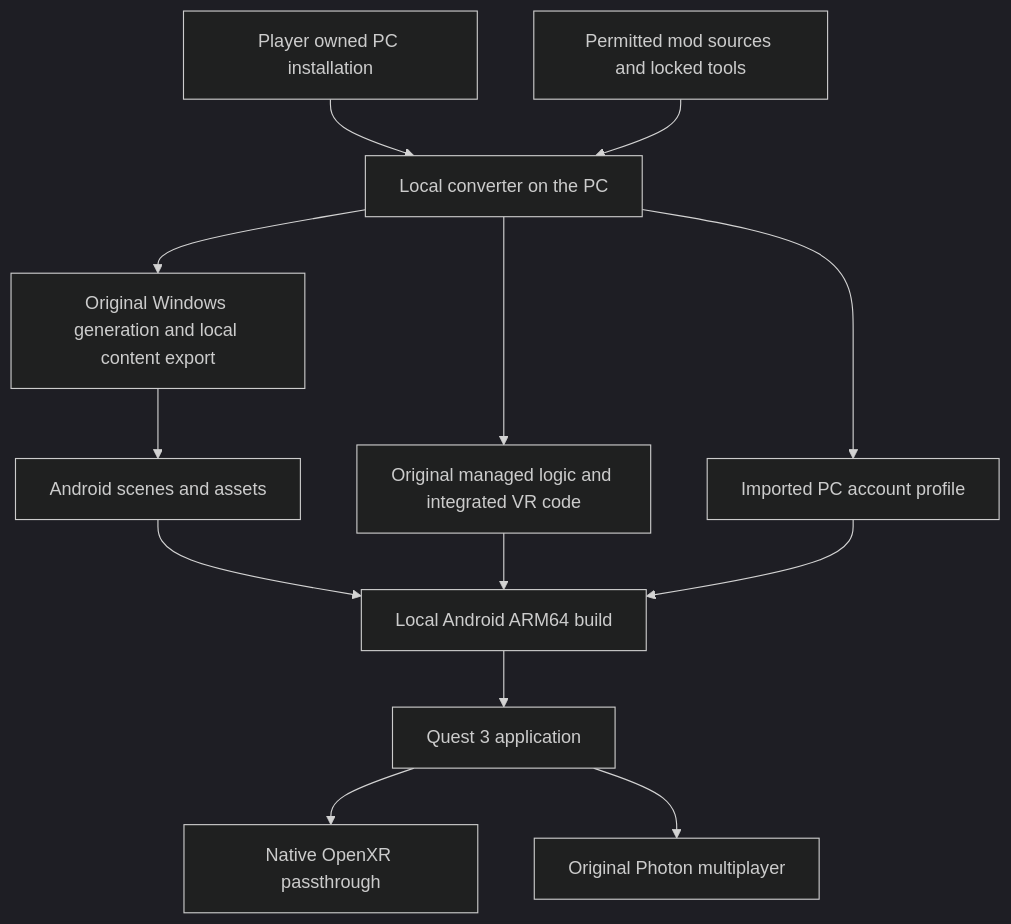
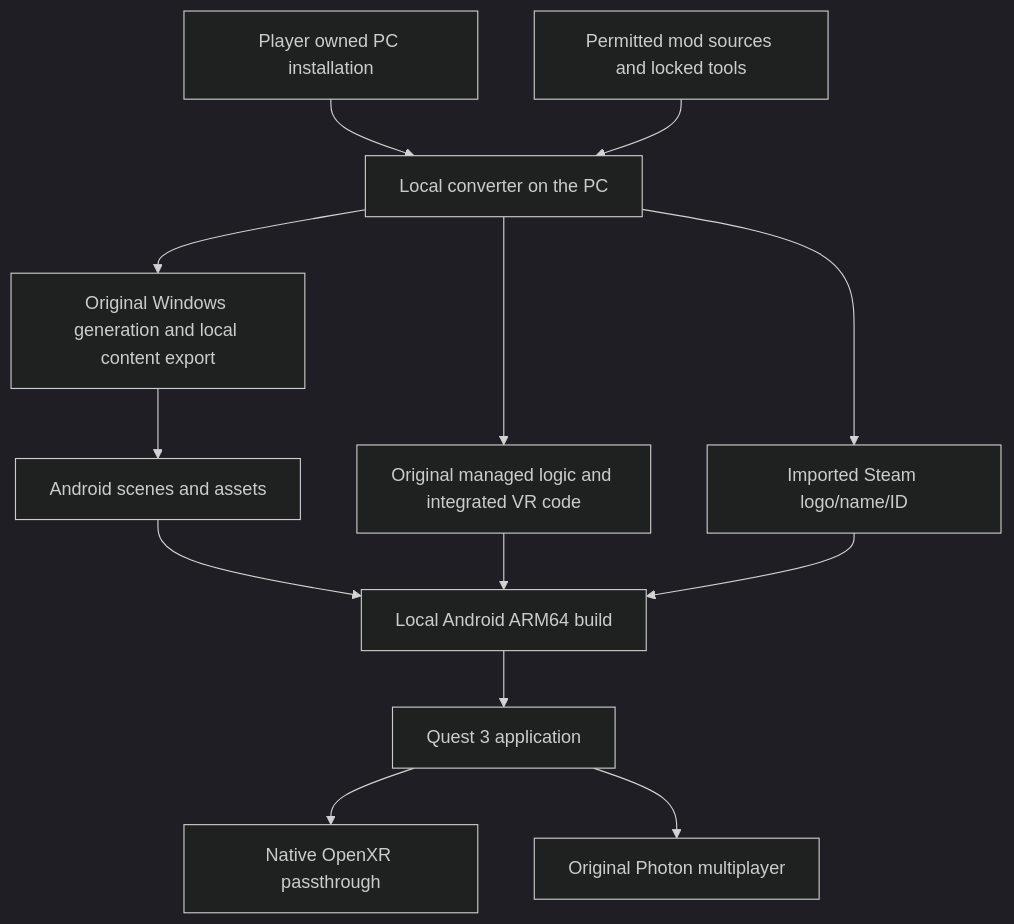
The diagram in .planning/QUEST3-PORT-PLAN.md (McFredward/GloomhavenVR), drawn with Mermaid (dark theme) before and after one commit. The commit also changed other lines of this file and 3 other files, not shown here.

````diff
--- a/.planning/QUEST3-PORT-PLAN.md
+++ b/.planning/QUEST3-PORT-PLAN.md
@@ -136,15 +150,15 @@
 ```mermaid
 flowchart TD
     Installation[Player owned PC installation] --> Converter[Local converter on the PC]
     Mod[Permitted mod sources and locked tools] --> Converter
     Converter --> Export[Original Windows generation and local content export]
     Export --> Assets[Android scenes and assets]
     Converter --> Runtime[Original managed logic and integrated VR code]
     Assets --> Build[Local Android ARM64 build]
     Runtime --> Build
     Build --> Quest[Quest 3 application]
-    Converter --> Profile[Imported PC account profile]
+    Converter --> Profile[Imported Steam logo/name/ID]
     Profile --> Build
     Quest --> Passthrough[Native OpenXR passthrough]
     Quest --> Network[Original Photon multiplayer]
 ```
````
